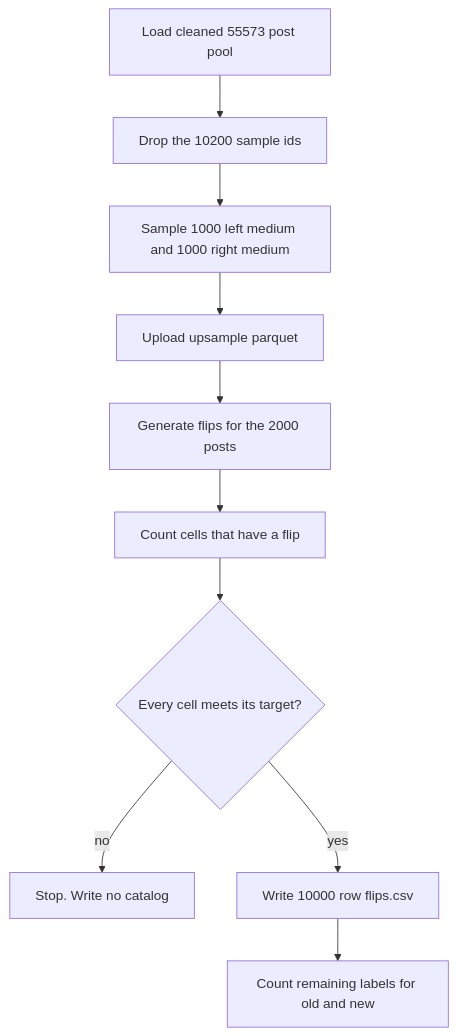
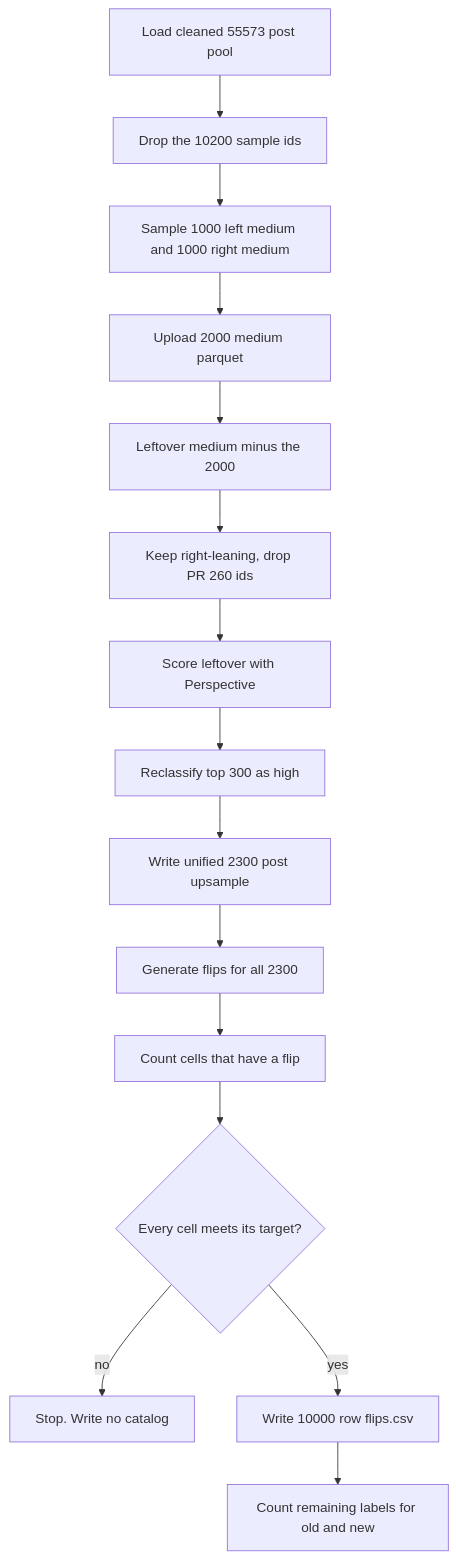
The diagram in docs/plans/2026-09-08_upsample_medium_toxicity_stimuli_dca950/plan.md (METResearchGroup/mirrorView-task), drawn with Mermaid before and after one commit. The commit also changed other lines of this file and 5 other files, not shown here.

First line of the commit message:
Revise the stimulus upsample plan to promote 300 leftover right-medium posts

````diff
--- a/docs/plans/2026-09-08_upsample_medium_toxicity_stimuli_dca950/plan.md
+++ b/docs/plans/2026-09-08_upsample_medium_toxicity_stimuli_dca950/plan.md
@@ -19,12 +19,17 @@
 ```mermaid
 flowchart TD
     A[Load cleaned 55573 post pool] --> B[Drop the 10200 sample ids]
     B --> C[Sample 1000 left medium and 1000 right medium]
-    C --> D[Upload upsample parquet]
-    D --> E[Generate flips for the 2000 posts]
-    E --> F[Count cells that have a flip]
-    F --> G{Every cell meets its target?}
-    G -->|no| H[Stop. Write no catalog]
-    G -->|yes| I[Write 10000 row flips.csv]
-    I --> J[Count remaining labels for old and new]
+    C --> D[Upload 2000 medium parquet]
+    D --> E[Leftover medium minus the 2000]
+    E --> F[Keep right-leaning, drop PR 260 ids]
+    F --> G[Score leftover with Perspective]
+    G --> H[Reclassify top 300 as high]
+    H --> I[Write unified 2300 post upsample]
+    I --> J[Generate flips for all 2300]
+    J --> K[Count cells that have a flip]
+    K --> L{Every cell meets its target?}
+    L -->|no| M[Stop. Write no catalog]
+    L -->|yes| N[Write 10000 row flips.csv]
+    N --> O[Count remaining labels for old and new]
 ```
````
